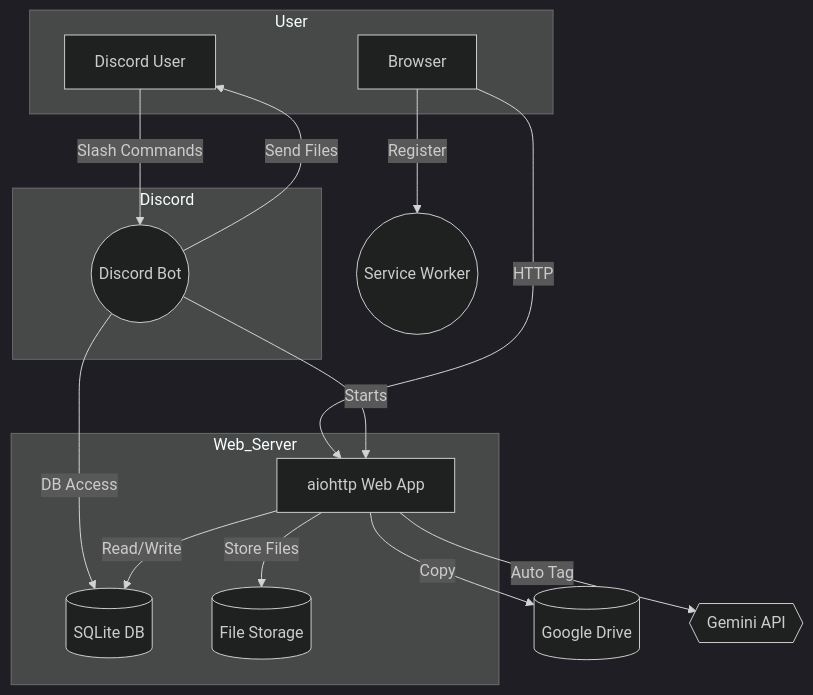
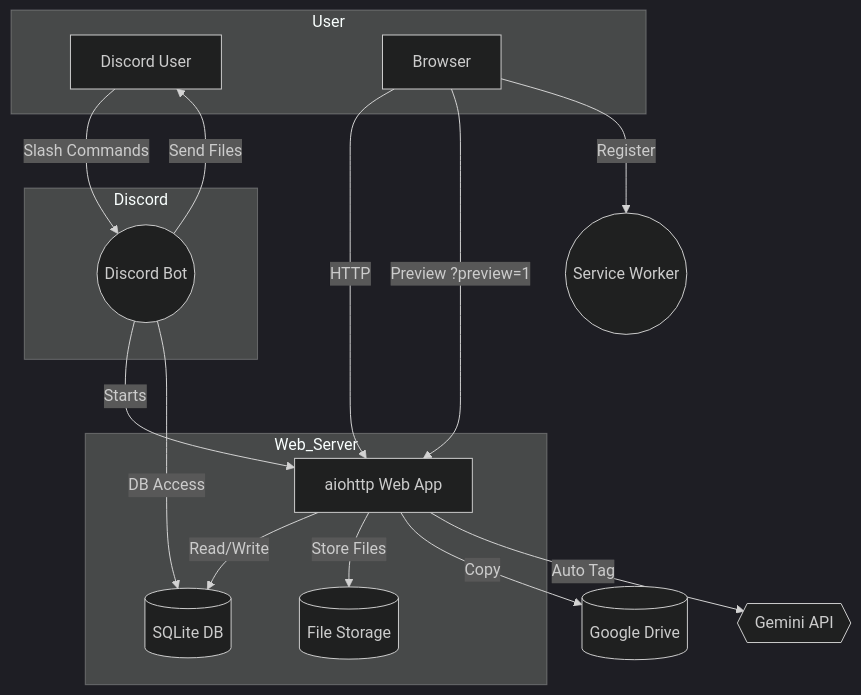
Before and after one commit to 5h1gerun/web_discord_server: the diagram in docs/architecture.mmd, drawn with Mermaid. The commit also changed 7 other files, not shown here.

```diff
--- a/docs/architecture.mmd
+++ b/docs/architecture.mmd
@@ -1,29 +1,30 @@
 %%{init: {'theme': 'dark'}}%%
 %% Web Discord Server System Overview
 graph TD
     subgraph User
         A[Discord User]
         B[Browser]
     end
     subgraph Discord
         Bot((Discord Bot))
     end
     subgraph Web_Server
         Web[aiohttp Web App]
         DB[(SQLite DB)]
         Files[(File Storage)]
     end
     SW((Service Worker))
     Drive[(Google Drive)]
     Gemini{{Gemini API}}
 
     A --"Slash Commands"--> Bot
     B --"HTTP"--> Web
+    B --"Preview ?preview=1"--> Web
     B --"Register"--> SW
     Bot --"Starts"--> Web
     Bot --"DB Access"--> DB
     Web --"Read/Write"--> DB
     Web --"Store Files"--> Files
     Web --"Copy"--> Drive
     Web --"Auto Tag"--> Gemini
     Bot --"Send Files"--> A
```
